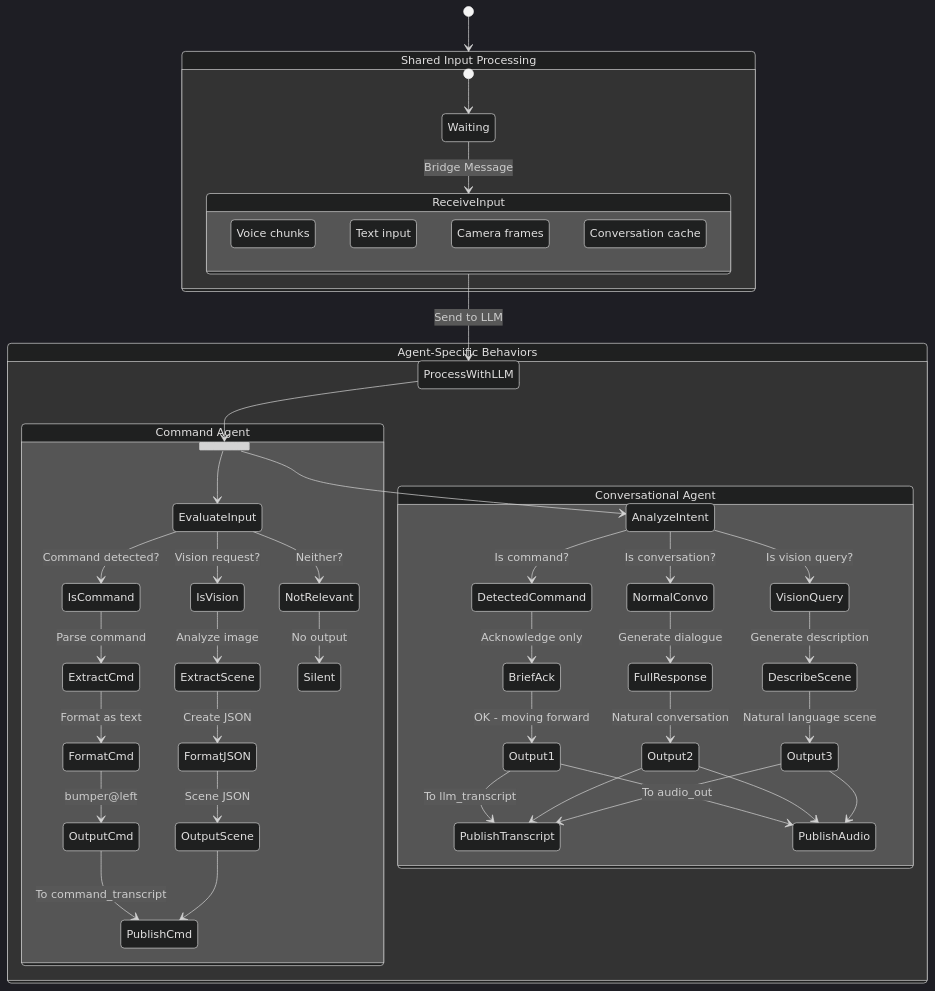
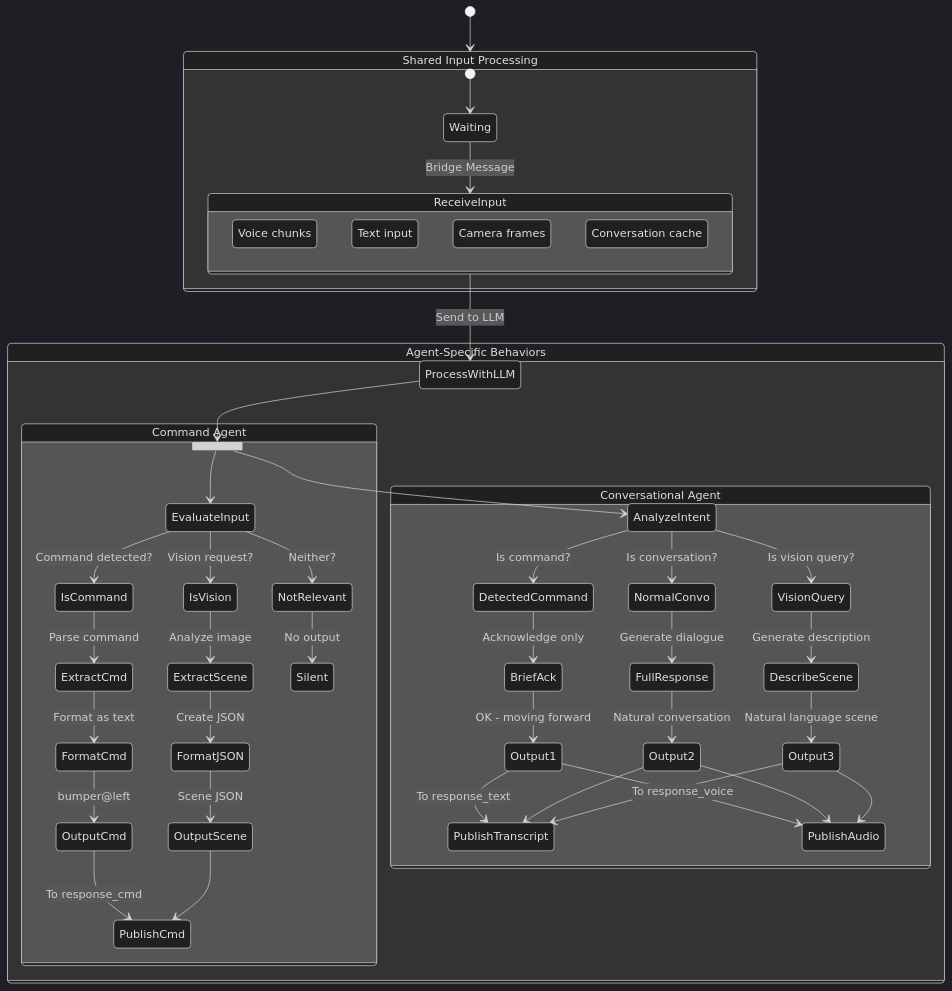
Before and after one commit to pondersome/by_your_command: the third of 6 diagrams in docs/prompt_architecture_diagrams.md, drawn with Mermaid (dark theme). The commit also changed other lines of this file and 33 other files, not shown here.

````diff
--- a/docs/prompt_architecture_diagrams.md
+++ b/docs/prompt_architecture_diagrams.md
@@ -133,71 +133,71 @@
 ```mermaid
 stateDiagram-v2
     [*] --> InputProcessing
     
     state "Shared Input Processing" as InputProcessing {
         [*] --> Waiting
         Waiting --> ReceiveInput: Bridge Message
         
         state ReceiveInput {
             Voice: Voice chunks
             Text: Text input
             Camera: Camera frames
             Context: Conversation cache
         }
         
         ReceiveInput --> ProcessWithLLM: Send to LLM
     }
     
     ProcessWithLLM --> AgentBehaviors
     
     state "Agent-Specific Behaviors" as AgentBehaviors {
         state fork_state <<fork>>
         ProcessWithLLM --> fork_state
         
         state "Conversational Agent" as Conv {
             fork_state --> AnalyzeIntent
             
             AnalyzeIntent --> DetectedCommand: Is command?
             AnalyzeIntent --> NormalConvo: Is conversation?
             AnalyzeIntent --> VisionQuery: Is vision query?
             
             DetectedCommand --> BriefAck: Acknowledge only
             BriefAck --> Output1: OK - moving forward
             
             NormalConvo --> FullResponse: Generate dialogue
             FullResponse --> Output2: Natural conversation
             
             VisionQuery --> DescribeScene: Generate description  
             DescribeScene --> Output3: Natural language scene
             
-            Output1 --> PublishTranscript: To llm_transcript
+            Output1 --> PublishTranscript: To response_text
             Output2 --> PublishTranscript
             Output3 --> PublishTranscript
-            
-            Output1 --> PublishAudio: To audio_out
+
+            Output1 --> PublishAudio: To response_voice
             Output2 --> PublishAudio
             Output3 --> PublishAudio
         }
         
         state "Command Agent" as Cmd {
             fork_state --> EvaluateInput
             
             EvaluateInput --> IsCommand: Command detected?
             EvaluateInput --> IsVision: Vision request?
             EvaluateInput --> NotRelevant: Neither?
             
             IsCommand --> ExtractCmd: Parse command
             ExtractCmd --> FormatCmd: Format as text
             FormatCmd --> OutputCmd: bumper@left
             
             IsVision --> ExtractScene: Analyze image
             ExtractScene --> FormatJSON: Create JSON
             FormatJSON --> OutputScene: Scene JSON
             
             NotRelevant --> Silent: No output
             
-            OutputCmd --> PublishCmd: To command_transcript
+            OutputCmd --> PublishCmd: To response_cmd
             OutputScene --> PublishCmd
         }
     }
 ```
````
